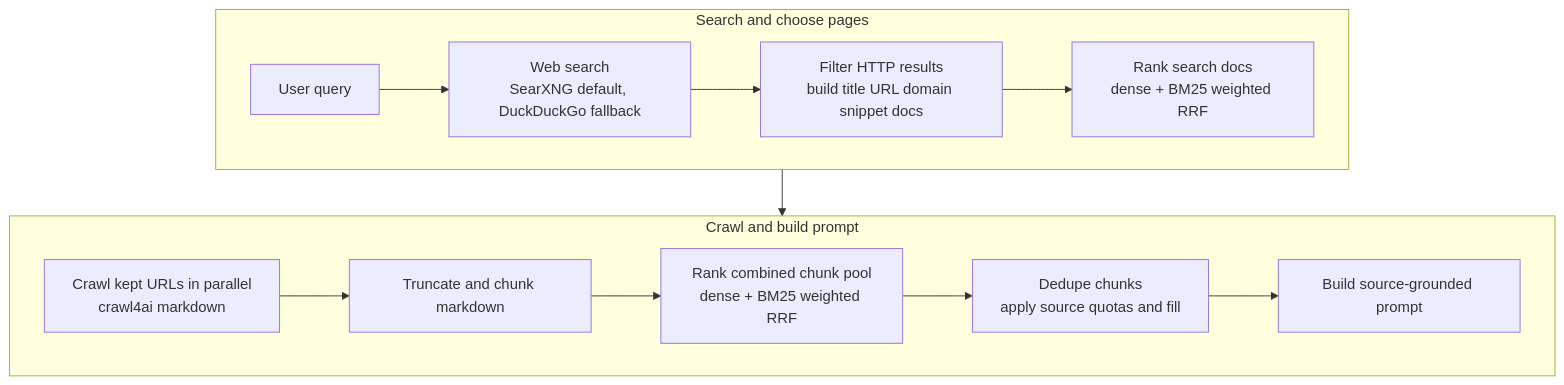
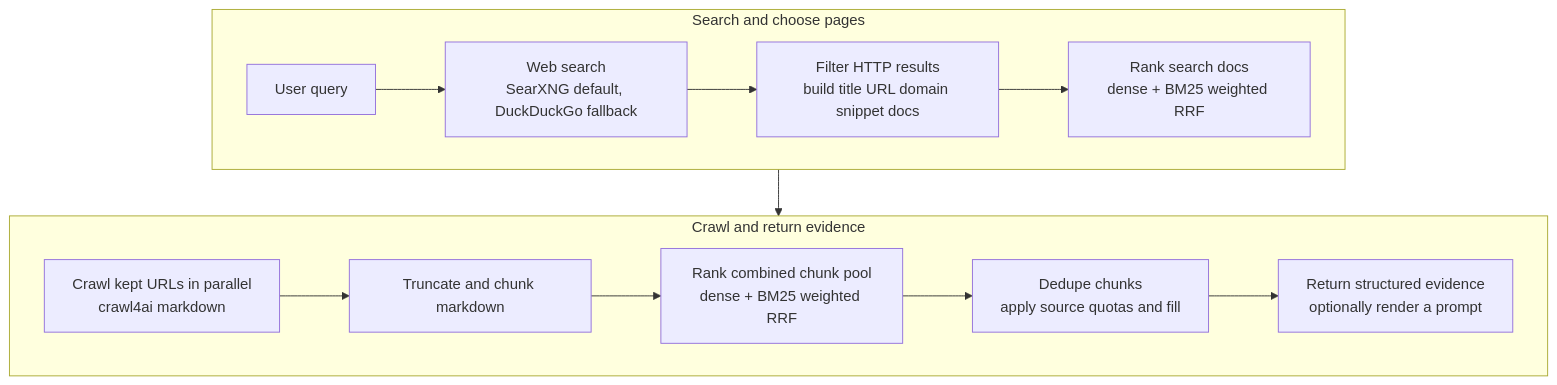
Before and after one commit to TinySuiteHQ/TinySearch: the diagram in README.md, drawn with Mermaid. The commit also changed other lines of this file and 58 other files, not shown here.

````diff
--- a/README.md
+++ b/README.md
@@ -112,19 +162,19 @@
 ```mermaid
 flowchart TB
     subgraph Row1["Search and choose pages"]
         direction LR
         A[User query] --> B[Web search<br/>SearXNG default, DuckDuckGo fallback]
         B --> C[Filter HTTP results<br/>build title URL domain snippet docs]
         C --> D[Rank search docs<br/>dense + BM25 weighted RRF]
     end
 
-    subgraph Row2["Crawl and build prompt"]
+    subgraph Row2["Crawl and return evidence"]
         direction LR
         E[Crawl kept URLs in parallel<br/>crawl4ai markdown] --> F[Truncate and chunk markdown]
         F --> G[Rank combined chunk pool<br/>dense + BM25 weighted RRF]
         G --> H[Dedupe chunks<br/>apply source quotas and fill]
-        H --> I[Build source-grounded prompt]
+        H --> I[Return structured evidence<br/>optionally render a prompt]
     end
 
     Row1 --> Row2
 ```
````
